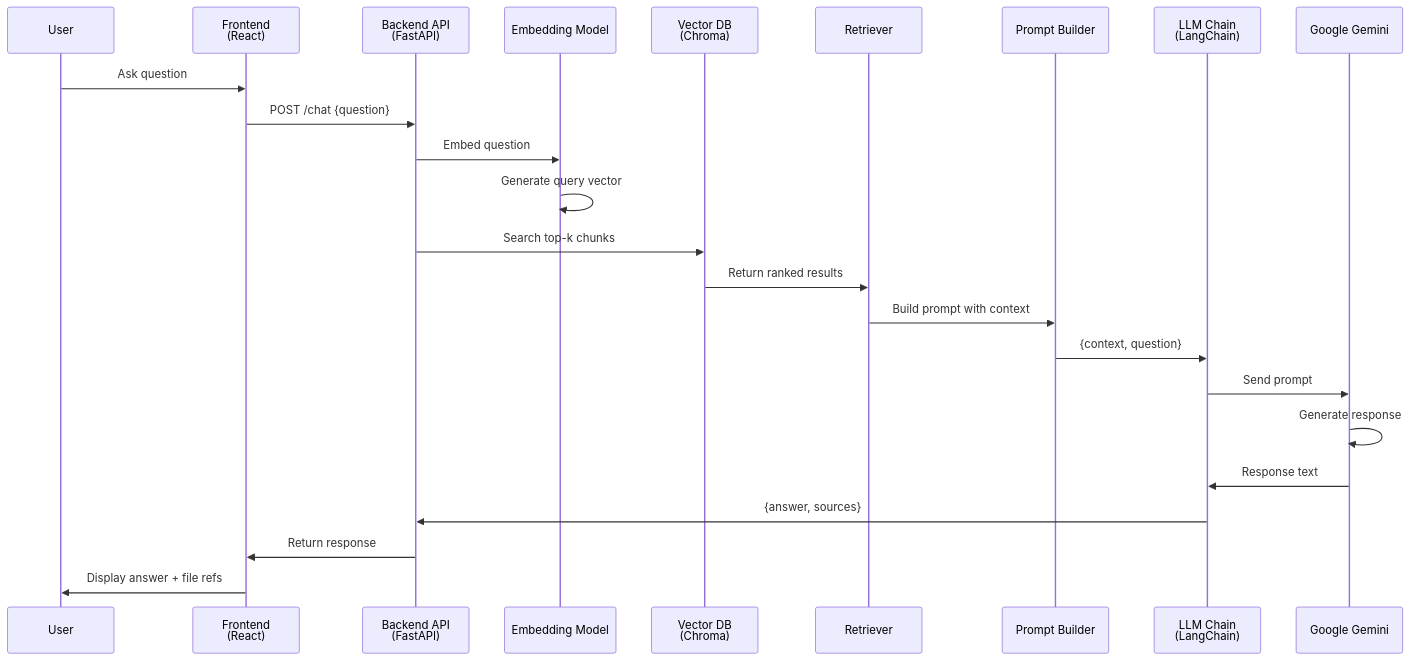
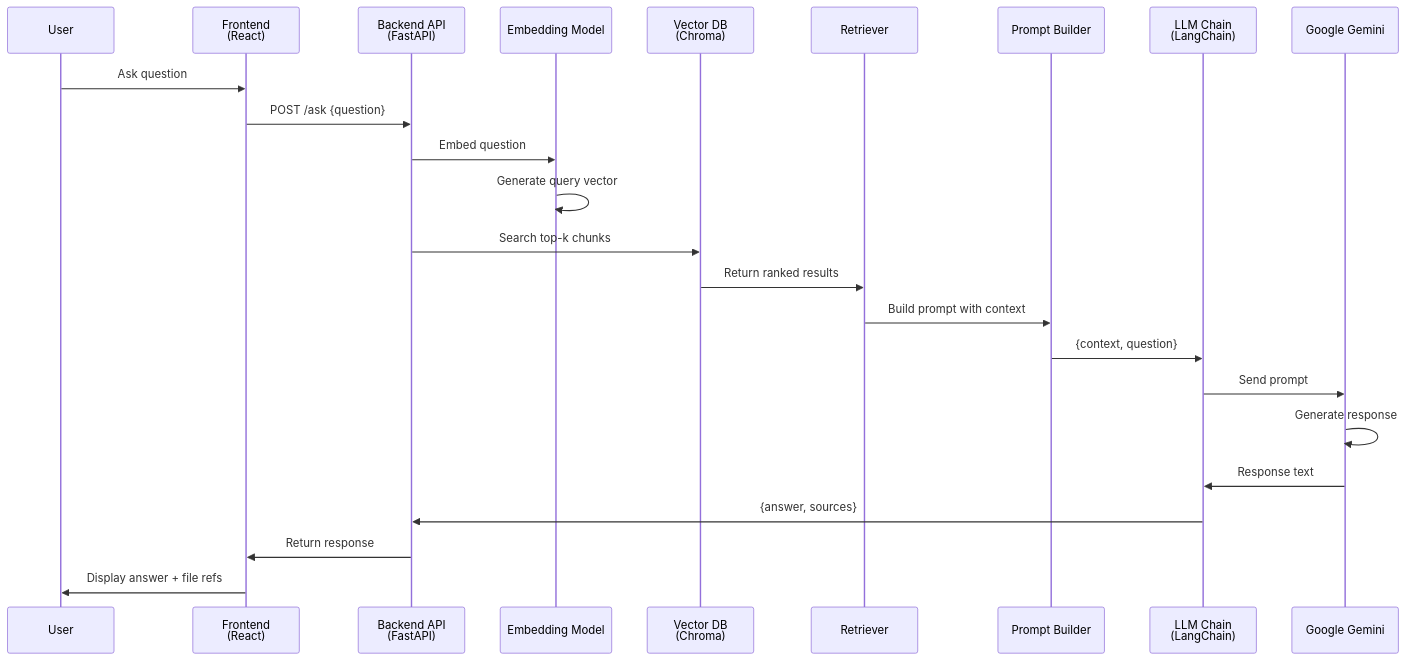
Before and after one commit to amineelgardoum-rgb/github_assistant: the fifth of 6 diagrams in ARCHITECTURE.md, drawn with Mermaid. The commit also changed other lines of this file, not shown here.

Commit message:
Changes to be committed: 	modified:   ARCHITECTURE.md

````diff
--- a/ARCHITECTURE.md
+++ b/ARCHITECTURE.md
@@ -153,27 +150,27 @@
 ```mermaid
 sequenceDiagram
     participant User as User
     participant Frontend as Frontend<br/>(React)
     participant API as Backend API<br/>(FastAPI)
     participant EmbedModel as Embedding Model
     participant Chroma as Vector DB<br/>(Chroma)
     participant Retriever as Retriever
     participant PromptBuilder as Prompt Builder
     participant LLMChain as LLM Chain<br/>(LangChain)
     participant Gemini as Google Gemini
 
     User->>Frontend: Ask question
-    Frontend->>API: POST /chat {question}
+    Frontend->>API: POST /ask {question}
     API->>EmbedModel: Embed question
     EmbedModel->>EmbedModel: Generate query vector
     API->>Chroma: Search top-k chunks
     Chroma->>Retriever: Return ranked results
     Retriever->>PromptBuilder: Build prompt with context
     PromptBuilder->>LLMChain: {context, question}
     LLMChain->>Gemini: Send prompt
     Gemini->>Gemini: Generate response
     Gemini->>LLMChain: Response text
     LLMChain->>API: {answer, sources}
     API->>Frontend: Return response
     Frontend->>User: Display answer + file refs
 ```
````
